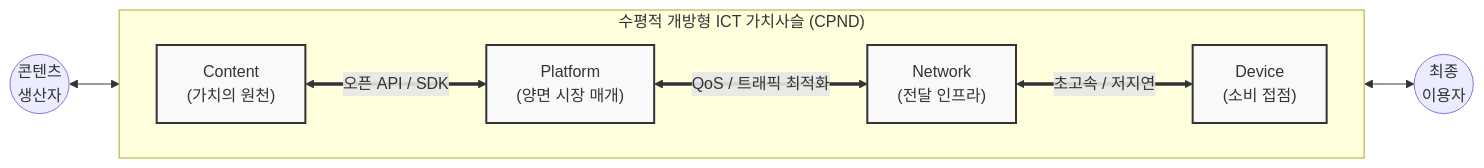
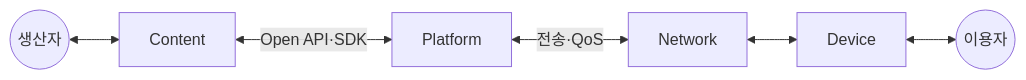
One commit to supremethumb/supremethumb.github.io changed the diagram in content/01_IT Tech/CPND.md. Above: the diagram before and after it, drawn with Mermaid. The commit also changed other lines of this file and 1087 other files, not shown here.

````diff
--- a/content/01_IT Tech/CPND.md
+++ b/content/01_IT Tech/CPND.md
@@ -28,24 +34,8 @@
 ```mermaid
 flowchart LR
-    Creator(("콘텐츠<br/>생산자"))
-    User(("최종<br/>이용자"))
-    
-    subgraph CPND Ecosystem ["수평적 개방형 ICT 가치사슬 (CPND)"]
-        direction LR
-        C["Content<br/>(가치의 원천)"] 
-        P["Platform<br/>(양면 시장 매개)"] 
-        N["Network<br/>(전달 인프라)"] 
-        D["Device<br/>(소비 접점)"]
-        
-        C <== "오픈 API / SDK" ==> P
-        P <== "QoS / 트래픽 최적화" ==> N
-        N <== "초고속 / 저지연" ==> D
-    end
-    
-    Creator <--> C
-    D <--> User
-    
-    classDef main fill:#f9f9f9,stroke:#333,stroke-width:2px;
-    class C,P,N,D main;
-
+    CR(("생산자")) <--> C["Content"]
+    C <-->|"Open API·SDK"| P["Platform"]
+    P <-->|"전송·QoS"| N["Network"]
+    N <--> D["Device"]
+    D <--> U(("이용자"))
 ```
````
